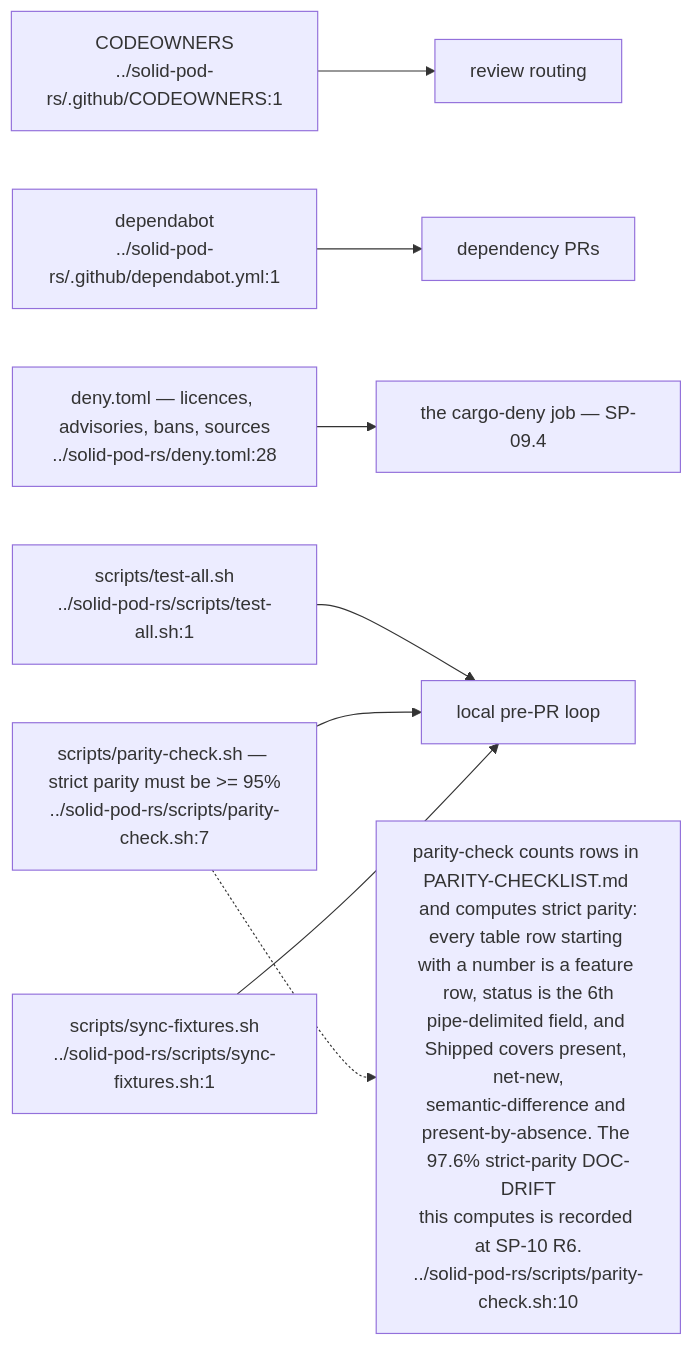
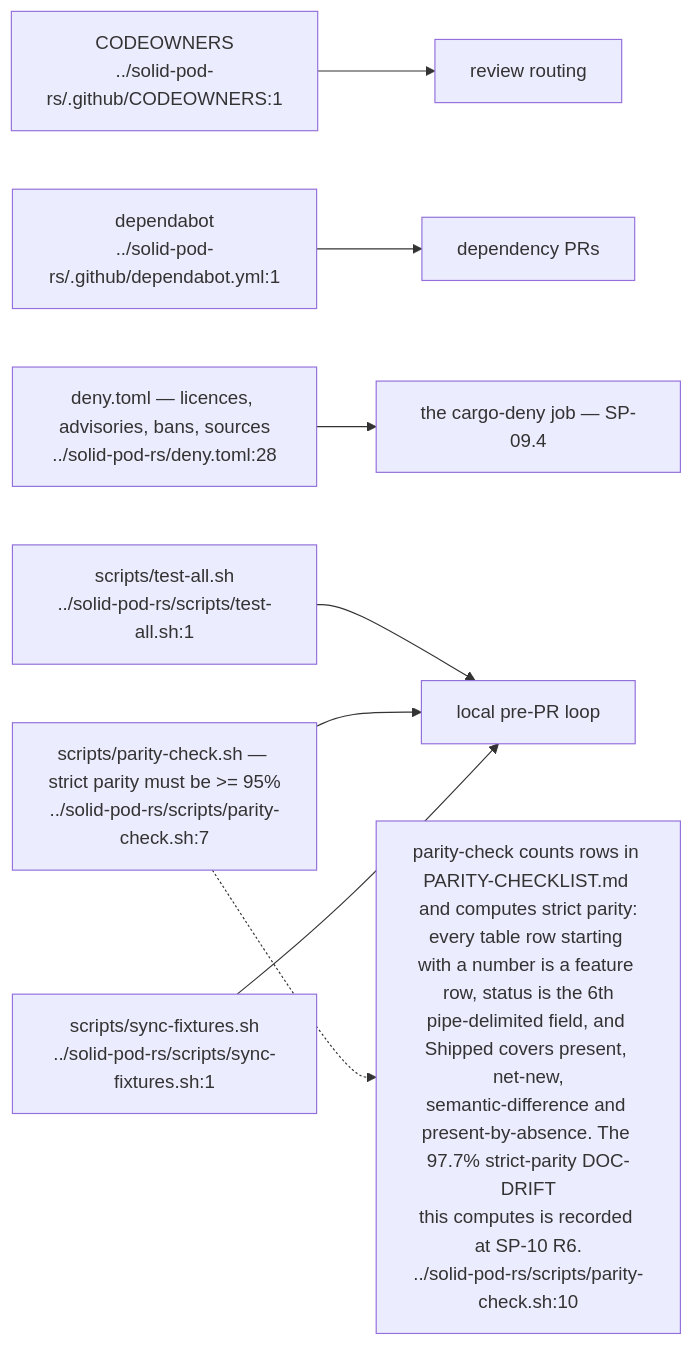
Before and after one commit to DreamLab-AI/VisionFlow: the sixth of 9 diagrams in docs/diagrams/solid-pod-rs/09-ci-release-and-consumer-pins.md, drawn with Mermaid. The commit also changed other lines of this file and 111 other files, not shown here.

Commit message:
docs(diagrams): align estate maps with current source

````diff
--- a/docs/diagrams/solid-pod-rs/09-ci-release-and-consumer-pins.md
+++ b/docs/diagrams/solid-pod-rs/09-ci-release-and-consumer-pins.md
@@ -204,19 +206,19 @@
 ```mermaid
 flowchart LR
     CO["CODEOWNERS<br/>../solid-pod-rs/.github/CODEOWNERS:1"]
     DEP["dependabot<br/>../solid-pod-rs/.github/dependabot.yml:1"]
     DENYF["deny.toml — licences, advisories, bans, sources<br/>../solid-pod-rs/deny.toml:28"]
     TA["scripts/test-all.sh<br/>../solid-pod-rs/scripts/test-all.sh:1"]
     PC["scripts/parity-check.sh — strict parity must be >= 95%<br/>../solid-pod-rs/scripts/parity-check.sh:7"]
     SF["scripts/sync-fixtures.sh<br/>../solid-pod-rs/scripts/sync-fixtures.sh:1"]
 
     CO --> REVIEW["review routing"]
     DEP --> BUMP["dependency PRs"]
     DENYF --> CI["the cargo-deny job — SP-09.4"]
     TA --> LOCAL["local pre-PR loop"]
     PC --> LOCAL
     SF --> LOCAL
 
-    N["parity-check counts rows in PARITY-CHECKLIST.md and computes strict parity:<br/>every table row starting with a number is a feature row, status is the 6th<br/>pipe-delimited field, and Shipped covers present, net-new,<br/>semantic-difference and present-by-absence. The 97.6% strict-parity DOC-DRIFT<br/>this computes is recorded at SP-10 R6.<br/>../solid-pod-rs/scripts/parity-check.sh:10"]
+    N["parity-check counts rows in PARITY-CHECKLIST.md and computes strict parity:<br/>every table row starting with a number is a feature row, status is the 6th<br/>pipe-delimited field, and Shipped covers present, net-new,<br/>semantic-difference and present-by-absence. The 97.7% strict-parity DOC-DRIFT<br/>this computes is recorded at SP-10 R6.<br/>../solid-pod-rs/scripts/parity-check.sh:10"]
     PC -.-> N
 ```
````
